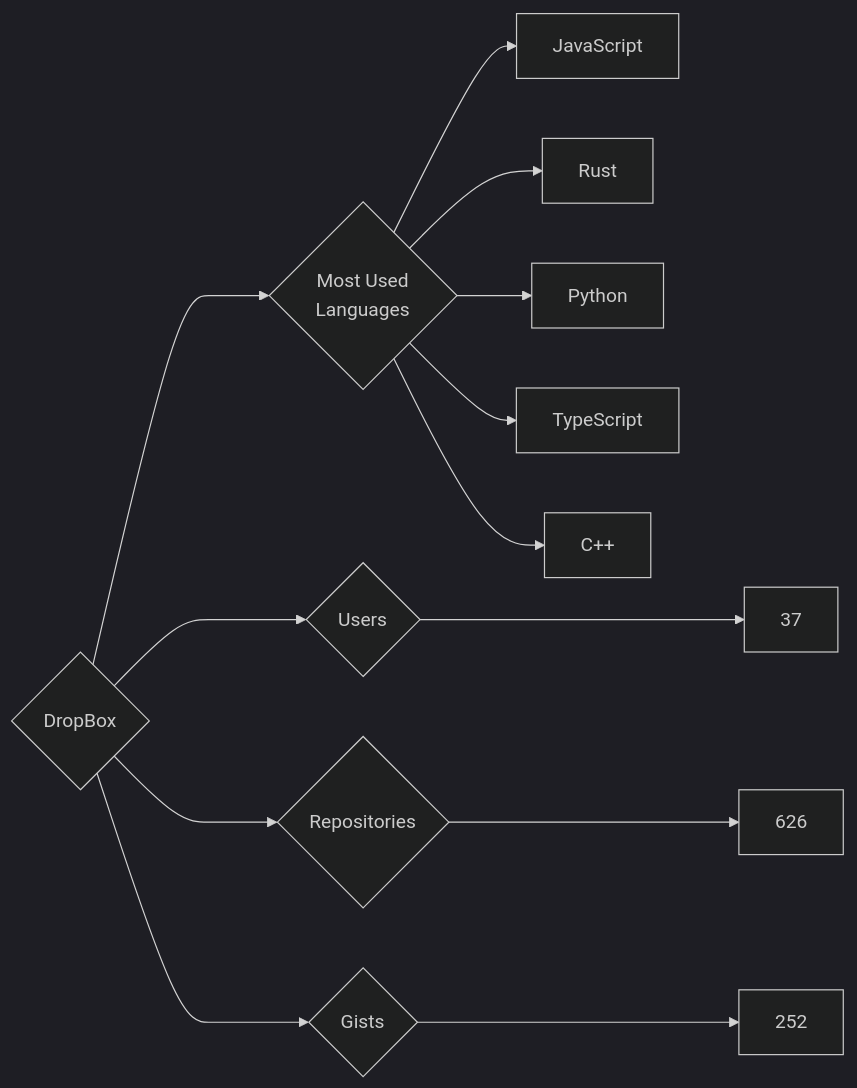
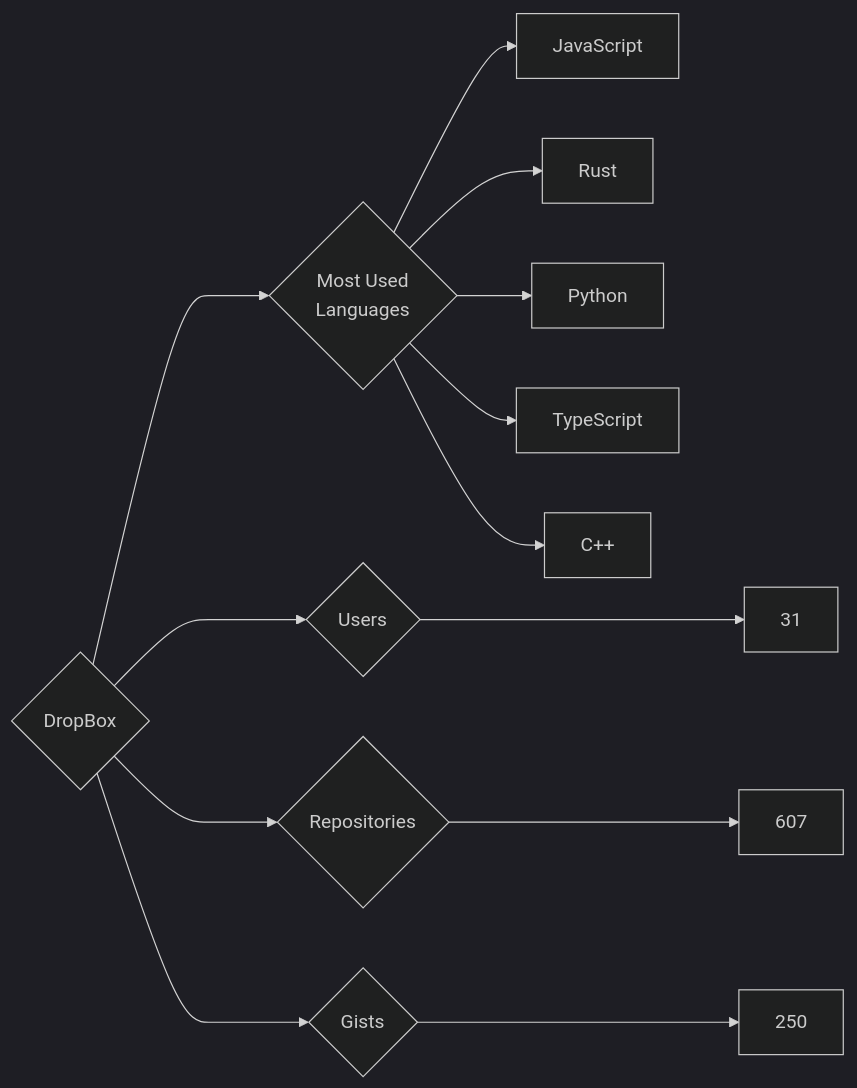
Before and after one commit to trickest/insiders: the diagram in targets/DropBox/README.md, drawn with Mermaid (dark theme). The commit also changed 679 other files, not shown here.

````diff
--- a/targets/DropBox/README.md
+++ b/targets/DropBox/README.md
@@ -3,13 +3,13 @@
 ```mermaid
 graph LR
 COMPANY_NAME{DropBox}
-COMPANY_NAME ---> U{Users} ---> UN[37]
-COMPANY_NAME ---> R{Repositories} ---> RN[626]
-COMPANY_NAME ---> G{Gists} ---> GN[252]
+COMPANY_NAME ---> U{Users} ---> UN[31]
+COMPANY_NAME ---> R{Repositories} ---> RN[607]
+COMPANY_NAME ---> G{Gists} ---> GN[250]
 COMPANY_NAME ---> ML{Most Used<br>Languages}
 ML --> JavaScript[JavaScript]
 ML --> Rust[Rust]
 ML --> Python[Python]
 ML --> TypeScript[TypeScript]
 ML --> C++[C++]
 ```
````
